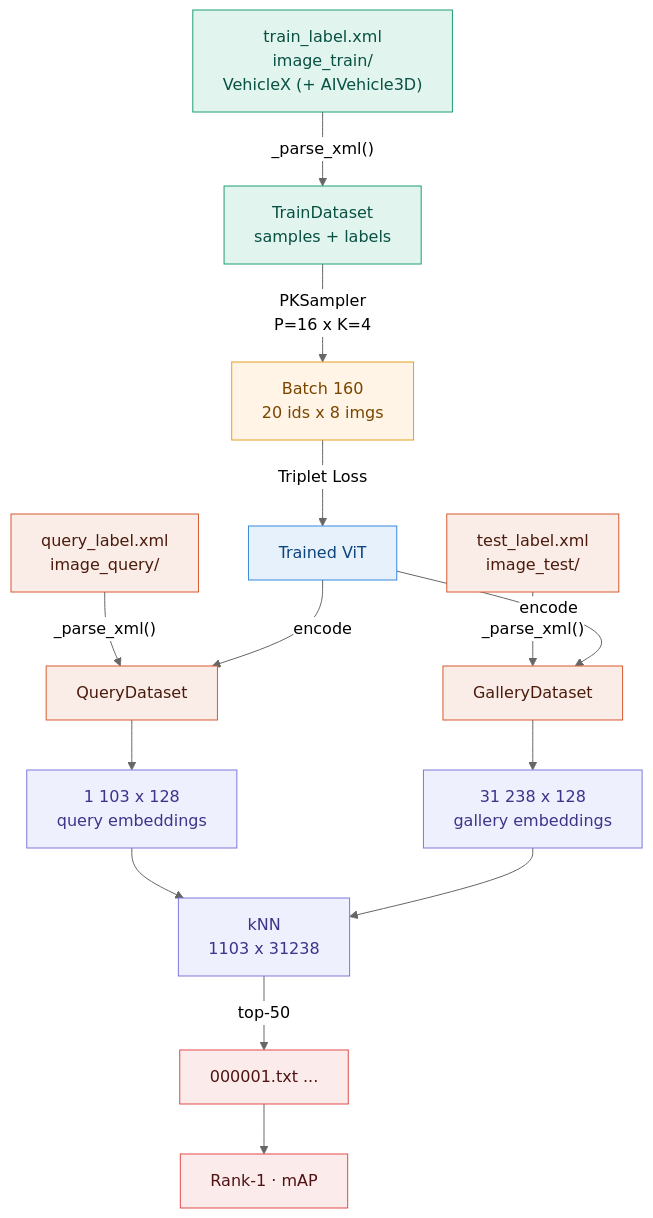
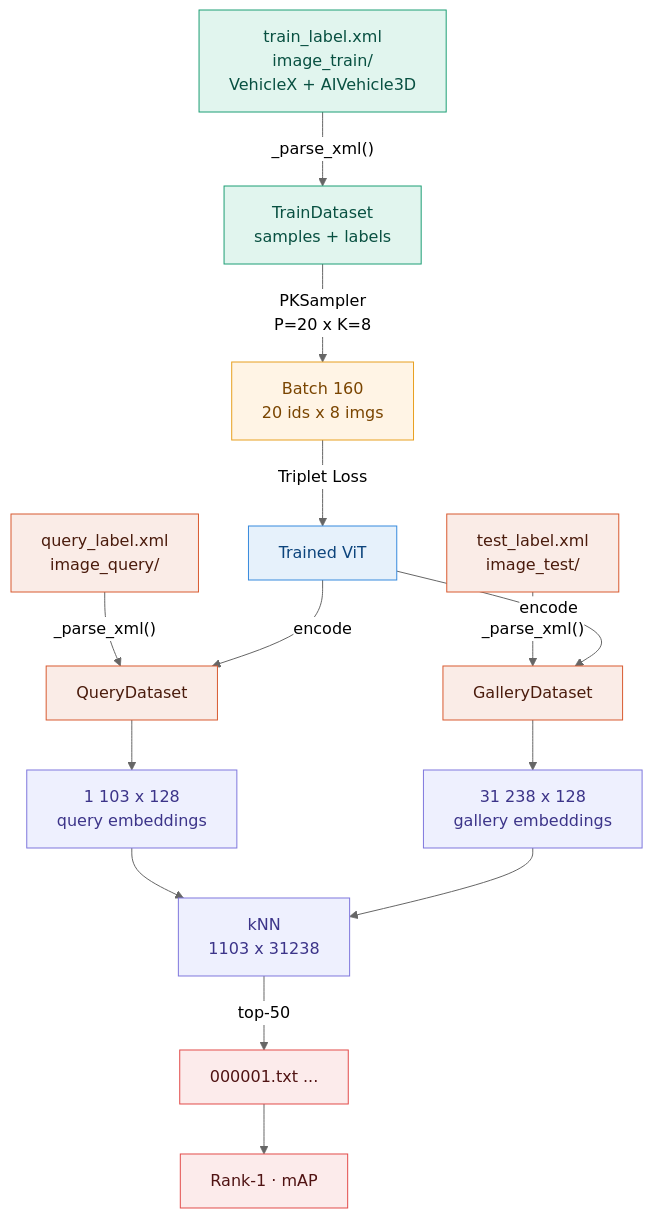
The first of 2 diagrams in README.md (Volvert/INFO8010-DeepLearing), drawn with Mermaid (neutral theme) before and after one commit. The commit also changed other lines of this file, not shown here.

First line of the commit message:
Revise dataset information and evaluation format

````diff
--- a/README.md
+++ b/README.md
@@ -101,35 +101,35 @@
 ```mermaid
 flowchart TD
-    A["train_label.xml\n image_train/\n VehicleX (+ AIVehicle3D)"] -->|"_parse_xml()"| B["TrainDataset\n samples + labels"]
-    B -->|"PKSampler\n P=16 x K=4"| C["Batch 160\n 20 ids x 8 imgs"]
+    A["train_label.xml\n image_train/\n VehicleX + AIVehicle3D"] -->|"_parse_xml()"| B["TrainDataset\n samples + labels"]
+    B -->|"PKSampler\n P=20 x K=8"| C["Batch 160\n 20 ids x 8 imgs"]
     C -->|"Triplet Loss"| D["Trained ViT"]
  
     E["query_label.xml\n image_query/"] -->|"_parse_xml()"| F["QueryDataset"]
     G["test_label.xml\n image_test/"] -->|"_parse_xml()"| H["GalleryDataset"]
  
     D -->|"encode"| F
     D -->|"encode"| H
  
     F --> I["1 103 x 128 \n query embeddings"]
     H --> J["31 238 x 128 \n gallery embeddings"]
  
     I --> K["kNN\n1103 x 31238"]
     J --> K
  
     K -->|"top-50"| L["000001.txt ..."]
     L --> M["Rank-1 · mAP"]
  
     style A fill:#E1F5EE,stroke:#1D9E75,color:#085041
     style B fill:#E1F5EE,stroke:#1D9E75,color:#085041
     style C fill:#FFF4E5,stroke:#E8A020,color:#7A4500
     style D fill:#E6F1FB,stroke:#378ADD,color:#0C447C
     style E fill:#FAECE7,stroke:#D85A30,color:#4A1B0C
     style F fill:#FAECE7,stroke:#D85A30,color:#4A1B0C
     style G fill:#FAECE7,stroke:#D85A30,color:#4A1B0C
     style H fill:#FAECE7,stroke:#D85A30,color:#4A1B0C
     style I fill:#EEF0FE,stroke:#7F77DD,color:#3C3489
     style J fill:#EEF0FE,stroke:#7F77DD,color:#3C3489
     style K fill:#EEF0FE,stroke:#7F77DD,color:#3C3489
     style L fill:#FCEBEB,stroke:#E24B4A,color:#501313
     style M fill:#FCEBEB,stroke:#E24B4A,color:#501313
 ```
````
